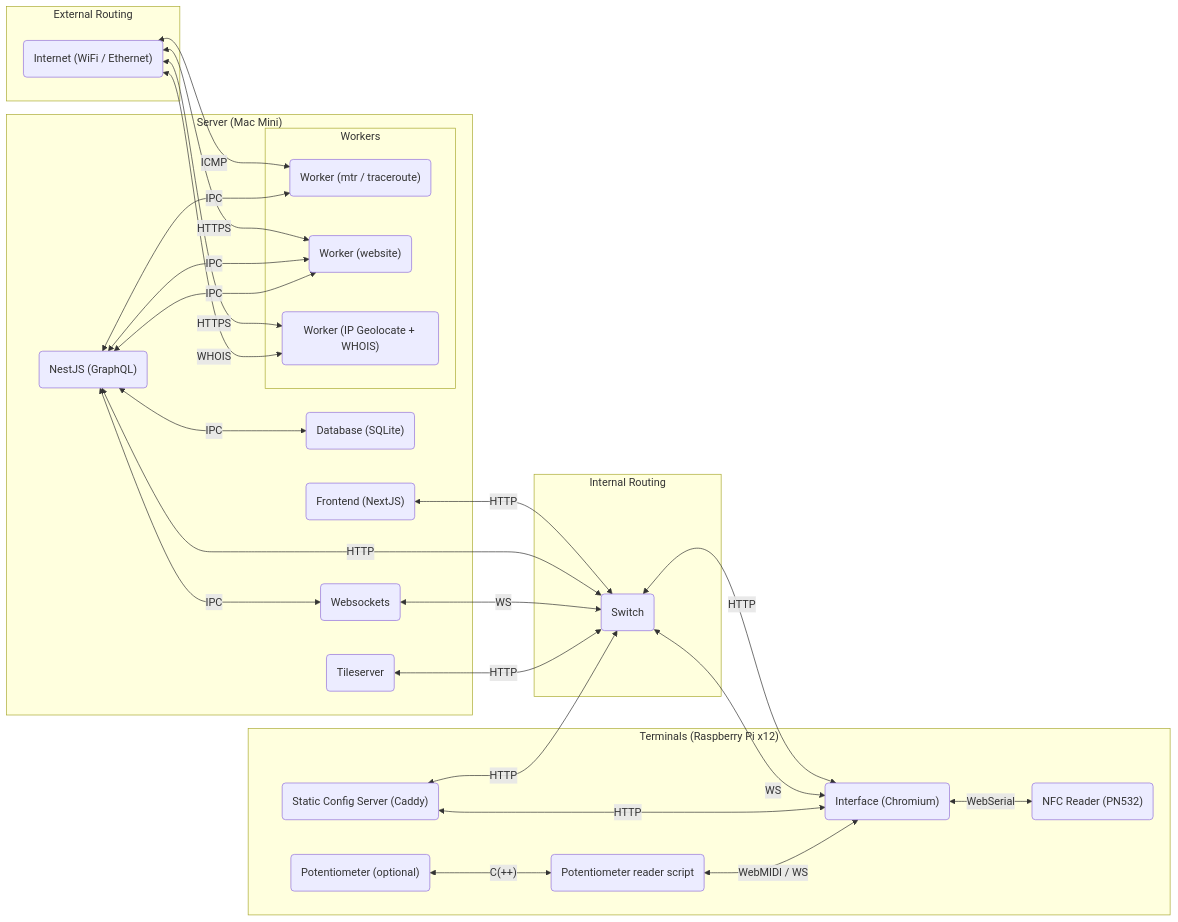
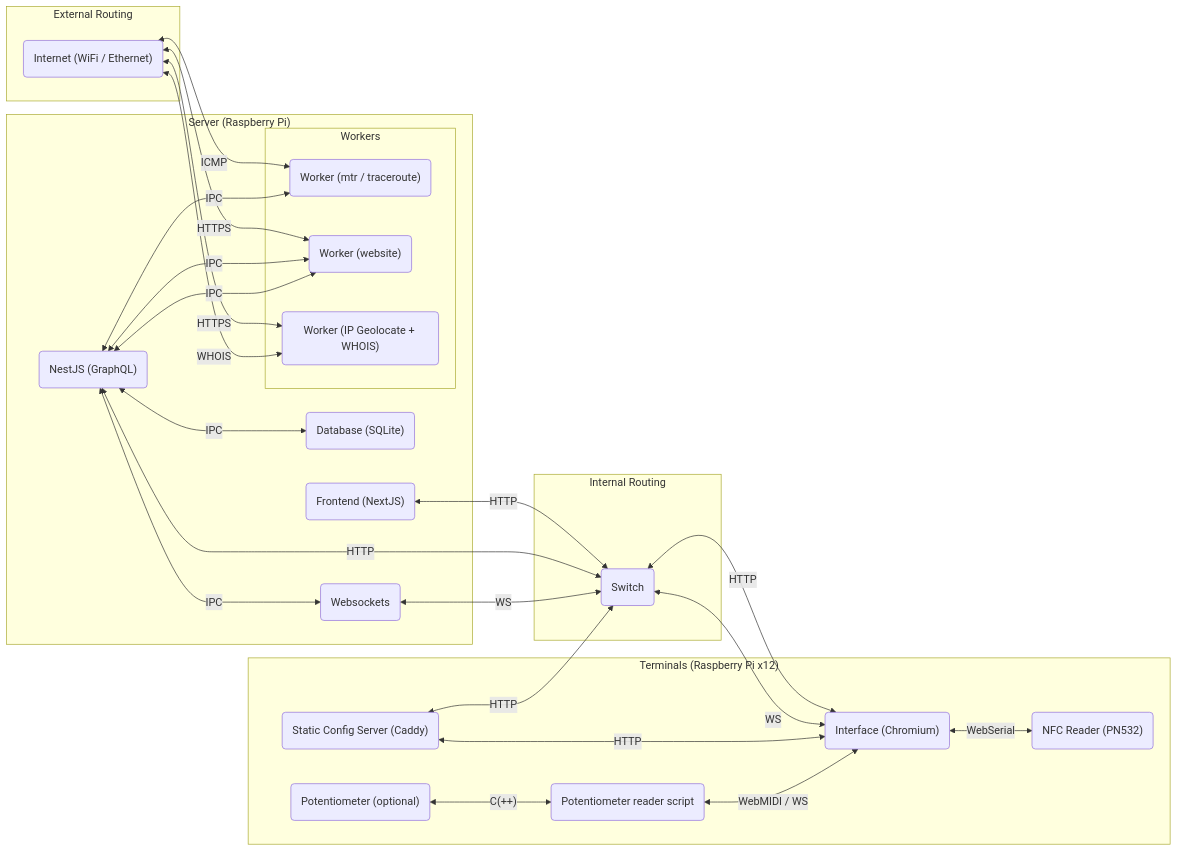
One commit to bmd-studio/packet-run changed the diagram in documentation/architecture.md. Above: the diagram before and after it, drawn with Mermaid. The commit also changed 4 other files, not shown here.

````diff
--- a/documentation/architecture.md
+++ b/documentation/architecture.md
@@ -5,60 +5,57 @@
 ```mermaid
 flowchart LR
-    subgraph server["Server (Mac Mini)"]
+    subgraph server["Server (Raspberry Pi)"]
         subgraph workers["Workers"]
             hop-worker("Worker (mtr / traceroute)")
             website-worker("Worker (website)")
             ip-worker("Worker (IP Geolocate + WHOIS)")
         end
 
         frontend("Frontend (NextJS)")
         backend("NestJS (GraphQL)")
         websockets("Websockets")
         db("Database (SQLite)")
-
-        tileserver("Tileserver")
     end
 
     subgraph terminals["Terminals (Raspberry Pi x12)"]
         chromium("Interface (Chromium)")
         nfc-reader("NFC Reader (PN532)")
         config-server("Static Config Server (Caddy)")
         potentiometer("Potentiometer (optional)")
         pot-reader("Potentiometer reader script")
     end
 
     subgraph internal-routing["Internal Routing"]
         switch("Switch")
     end
 
     subgraph external-routing["External Routing"]
         internet("Internet (WiFi / Ethernet)")
     end
 
     internet <--HTTPS--> website-worker
     internet <--ICMP--> hop-worker
     internet <--HTTPS--> ip-worker
     internet <--WHOIS--> ip-worker
 
     backend <--IPC--> hop-worker
     backend <--IPC--> website-worker
     backend <--IPC--> website-worker
     backend <--IPC--> db
     backend <--IPC--> websockets
 
     frontend <--HTTP--> switch
     backend <--HTTP--> switch
     websockets <--WS--> switch
-    tileserver <--HTTP--> switch
 
     switch <--HTTP--> chromium
     switch <--WS--> chromium
     chromium <--WebSerial--> nfc-reader
     config-server <--HTTP--> chromium
     config-server <--HTTP--> switch
     potentiometer <--"C(++)"--> pot-reader
 
     %% Could also connect to back-end instead, storing the state there and
     %% updating the terminal via a seperate WS connection
     pot-reader <--"WebMIDI / WS"--> chromium
 ```
````
